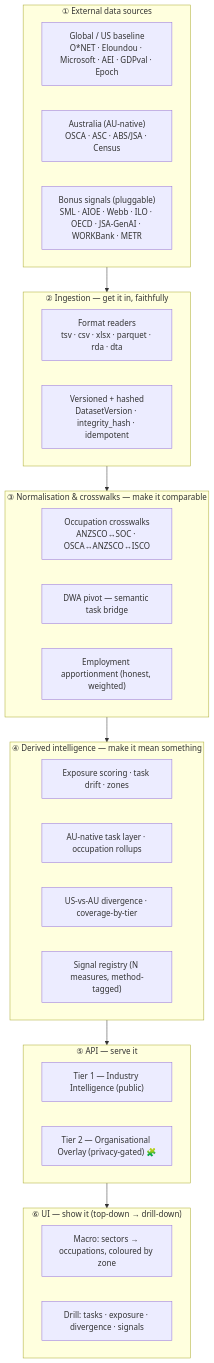
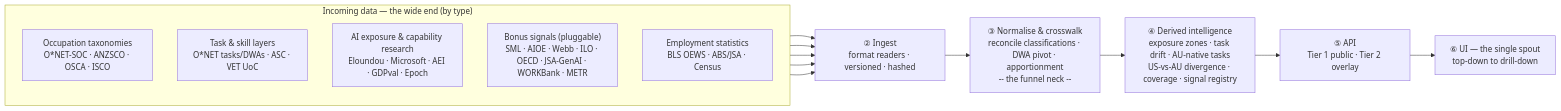
Before and after one commit to royster70/skillcurrent: the first of 2 diagrams in docs/ARCHITECTURE.md, drawn with Mermaid. The commit also changed other lines of this file, not shown here.

Commit message:
docs(architecture): recast functional diagram as a left-to-right data funnel
Group the incoming data by TYPE (occupation taxonomies · task/skill layers ·
exposure & capability research · bonus signals · employment stats) at the wide
end, converging through the normalisation "neck" out to the single UI spout.
Reads as a funnel: many heterogeneous sources -> one comparable picture.

````diff
--- a/docs/ARCHITECTURE.md
+++ b/docs/ARCHITECTURE.md
@@ -18,33 +18,24 @@
 ```mermaid
-flowchart TB
-  subgraph SRC["① External data sources"]
-    direction LR
-    G["Global / US baseline<br/>O*NET · Eloundou · Microsoft · AEI · GDPval · Epoch"]
-    AUS["Australia (AU-native)<br/>OSCA · ASC · ABS/JSA · Census"]
-    BON["Bonus signals (pluggable)<br/>SML · AIOE · Webb · ILO · OECD · JSA-GenAI · WORKBank · METR"]
+flowchart LR
+  subgraph IN["Incoming data — the wide end (by type)"]
+    direction TB
+    TAX["Occupation taxonomies<br/>O*NET-SOC · ANZSCO · OSCA · ISCO"]
+    TSK["Task & skill layers<br/>O*NET tasks/DWAs · ASC · VET UoC"]
+    EXP["AI exposure & capability research<br/>Eloundou · Microsoft · AEI · GDPval · Epoch"]
+    SIG["Bonus signals (pluggable)<br/>SML · AIOE · Webb · ILO · OECD · JSA-GenAI · WORKBank · METR"]
+    EMP["Employment statistics<br/>BLS OEWS · ABS/JSA · Census"]
   end
-  subgraph ING["② Ingestion — get it in, faithfully"]
-    RD["Format readers<br/>tsv · csv · xlsx · parquet · rda · dta"]
-    VER["Versioned + hashed<br/>DatasetVersion · integrity_hash · idempotent"]
-  end
-  subgraph NORM["③ Normalisation & crosswalks — make it comparable"]
-    XW["Occupation crosswalks<br/>ANZSCO↔SOC · OSCA↔ANZSCO↔ISCO"]
-    PIV["DWA pivot — semantic task bridge"]
-    APP["Employment apportionment (honest, weighted)"]
-  end
-  subgraph DER["④ Derived intelligence — make it mean something"]
-    EXP["Exposure scoring · task drift · zones"]
-    TASK["AU-native task layer · occupation rollups"]
-    DIV["US-vs-AU divergence · coverage-by-tier"]
-    REG["Signal registry (N measures, method-tagged)"]
-  end
-  subgraph APIL["⑤ API — serve it"]
-    T1["Tier 1 — Industry Intelligence (public)"]
-    T2["Tier 2 — Organisational Overlay (privacy-gated) 🧩"]
-  end
-  subgraph UIL["⑥ UI — show it (top-down → drill-down)"]
-    TD["Macro: sectors → occupations, coloured by zone"]
-    DD["Drill: tasks · exposure · divergence · signals"]
-  end
-  SRC --> ING --> NORM --> DER --> APIL --> UIL
+
+  ING["② Ingest<br/>format readers · versioned · hashed"]
+  NORM["③ Normalise & crosswalk<br/>reconcile classifications · DWA pivot · apportionment<br/>-- the funnel neck --"]
+  DER["④ Derived intelligence<br/>exposure zones · task drift · AU-native tasks<br/>US-vs-AU divergence · coverage · signal registry"]
+  API["⑤ API<br/>Tier 1 public · Tier 2 overlay"]
+  UI["⑥ UI — the single spout<br/>top-down to drill-down"]
+
+  TAX --> ING
+  TSK --> ING
+  EXP --> ING
+  SIG --> ING
+  EMP --> ING
+  ING --> NORM --> DER --> API --> UI
 ```
````
